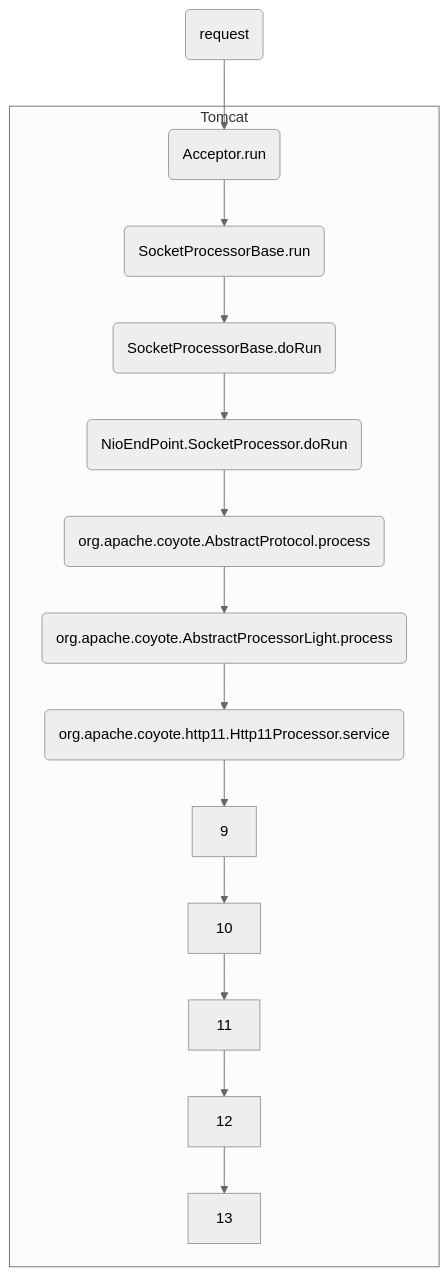
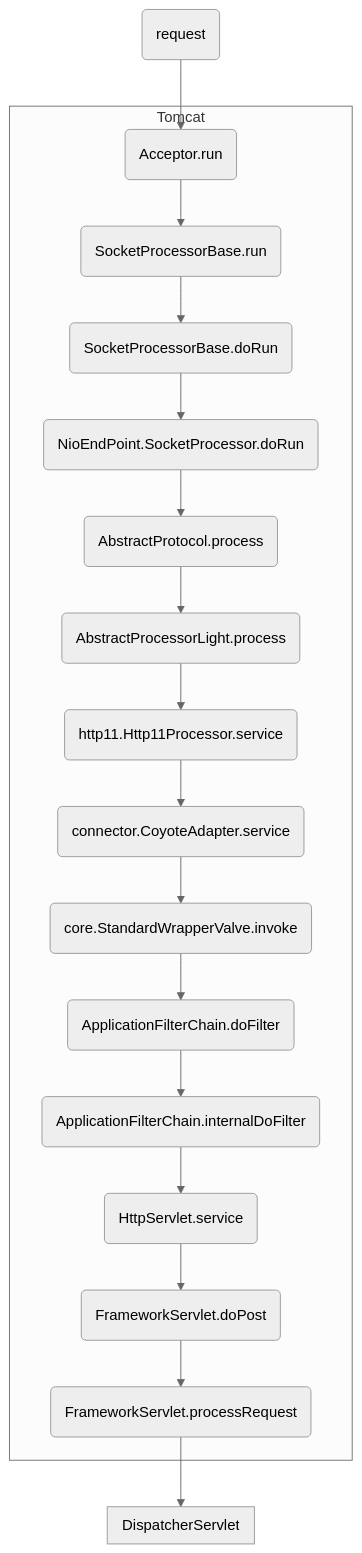
Before and after one commit to SuperMarioYL/Blogs: the diagram in 框架教程/Spring/HTTP请求过程.md, drawn with Mermaid (neutral theme).

````diff
--- a/框架教程/Spring/HTTP请求过程.md
+++ b/框架教程/Spring/HTTP请求过程.md
@@ -24,17 +24,23 @@
 ```mermaid
 graph TD
   1(request) --> 2
   subgraph Tomcat
   2(Acceptor.run) --> 3
   3(SocketProcessorBase.run) --> 4
   4(SocketProcessorBase.doRun) --> 5
   5(NioEndPoint.SocketProcessor.doRun) --> 6
-  6(org.apache.coyote.AbstractProtocol.process) --> 7
-  7(org.apache.coyote.AbstractProcessorLight.process) -->8
-  8(org.apache.coyote.http11.Http11Processor.service) -->9
-  9-->10
-  10-->11
-  11-->12
-  12-->13
+  6(AbstractProtocol.process) --> 7
+  7(AbstractProcessorLight.process) -->8
+  8(http11.Http11Processor.service) -->9
+  9(connector.CoyoteAdapter.service)-->10
+  10(core.StandardWrapperValve.invoke)-->11
+  11(ApplicationFilterChain.doFilter)-->12
+  12(ApplicationFilterChain.internalDoFilter)-->13
+  13(HttpServlet.service)-->14
+  14(FrameworkServlet.doPost)-->15
+  15(FrameworkServlet.processRequest)
+  end
+  15-->DispatcherServlet
+  subgraph DispatcherServlet
   end
 ```
````
